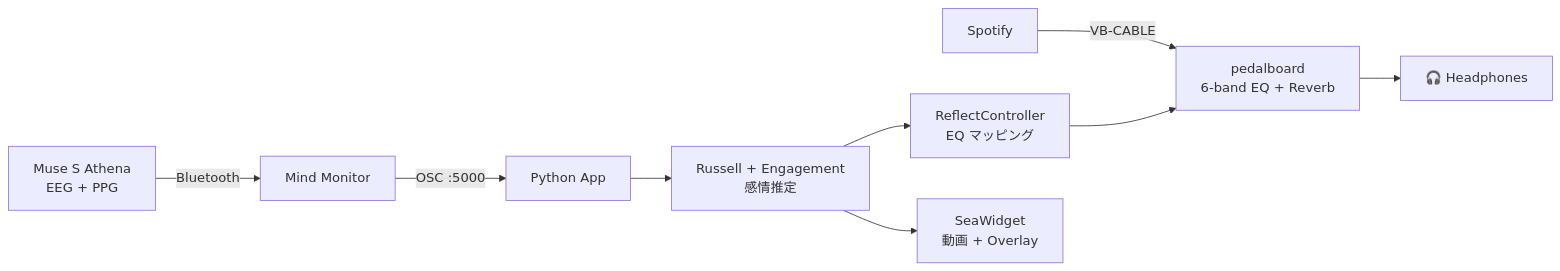
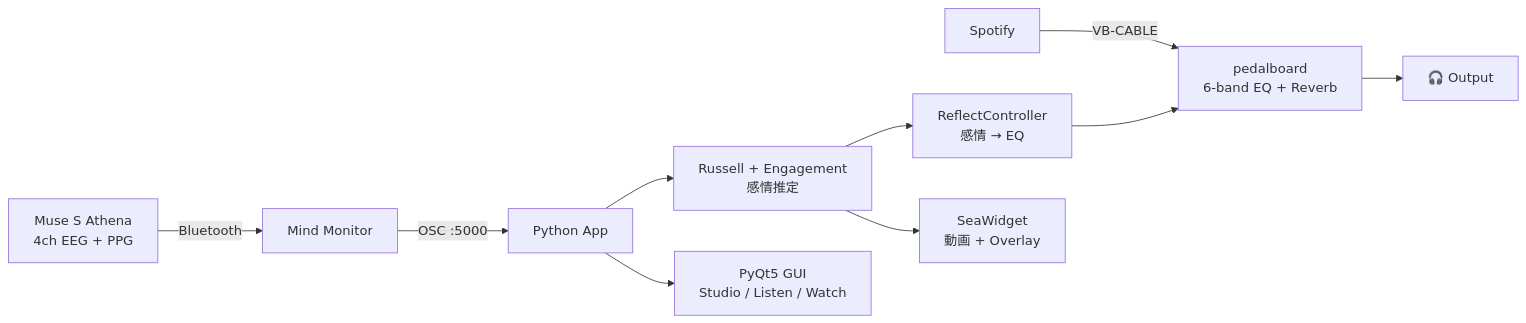
One commit to HIMEJI-HIRO/muse-emotion-eq changed the diagram in README.md. Above: the diagram before and after it, drawn with Mermaid. The commit also changed other lines of this file, not shown here.

````diff
--- a/README.md
+++ b/README.md
@@ -123,11 +195,12 @@
 ```mermaid
 graph LR
-    A[Muse S Athena<br/>EEG + PPG] -->|Bluetooth| B[Mind Monitor]
+    A[Muse S Athena<br/>4ch EEG + PPG] -->|Bluetooth| B[Mind Monitor]
     B -->|OSC :5000| C[Python App]
     C --> D[Russell + Engagement<br/>感情推定]
-    D --> E[ReflectController<br/>EQ マッピング]
+    D --> E[ReflectController<br/>感情 → EQ]
     F[Spotify] -->|VB-CABLE| G[pedalboard<br/>6-band EQ + Reverb]
     E --> G
-    G --> H[🎧 Headphones]
+    G --> H[🎧 Output]
     D --> I[SeaWidget<br/>動画 + Overlay]
+    C --> J[PyQt5 GUI<br/>Studio / Listen / Watch]
 ```
````
